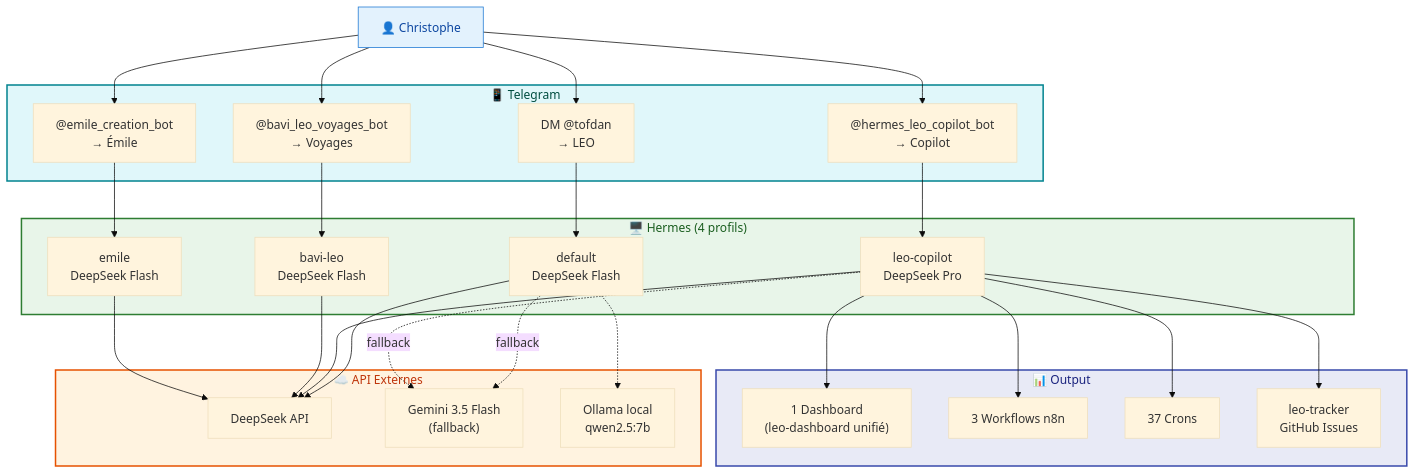
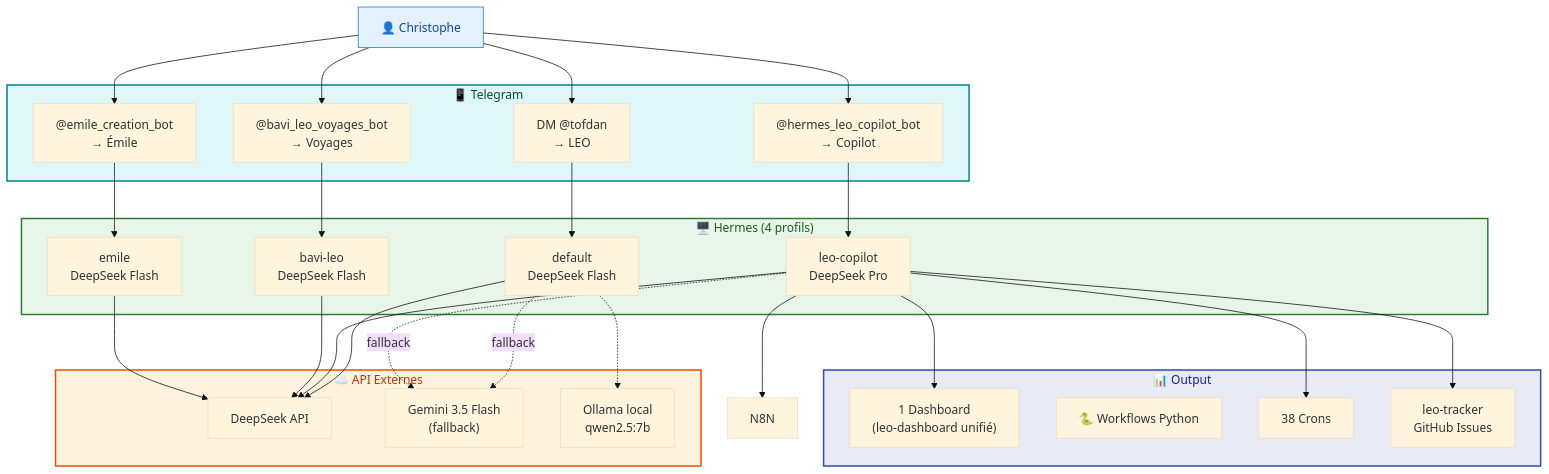
Before and after one commit to christophedanhier-hash/hermes-wiki: the fifth of 5 diagrams in docs/hermes/architecture-communication.md, drawn with Mermaid (base theme). The commit also changed other lines of this file and 3 other files, not shown here.

````diff
--- a/docs/hermes/architecture-communication.md
+++ b/docs/hermes/architecture-communication.md
@@ -199,61 +199,61 @@
 ```mermaid
 flowchart TB
     User["👤 Christophe"]
 
     subgraph TELEGRAM["📱 Telegram"]
         DM["DM @tofdan<br/>→ LEO"]
         COP["@hermes_leo_copilot_bot<br/>→ Copilot"]
         VOY["@bavi_leo_voyages_bot<br/>→ Voyages"]
         EMI["@emile_creation_bot<br/>→ Émile"]
     end
 
     subgraph HERMES["🖥️ Hermes (4 profils)"]
         DEF["default<br/>DeepSeek Flash"]
         LCP["leo-copilot<br/>DeepSeek Pro"]
         BAV["bavi-leo<br/>DeepSeek Flash"]
         EMILE["emile<br/>DeepSeek Flash"]
     end
 
     subgraph API["☁️ API Externes"]
         DS["DeepSeek API"]
         GEM["Gemini 3.5 Flash<br/>(fallback)"]
         OLL["Ollama local<br/>qwen2.5:7b"]
     end
 
     subgraph OUTPUT["📊 Output"]
         DASH["1 Dashboard<br/>(leo-dashboard unifié)"]
-        N8N["3 Workflows n8n"]
-        CRON["37 Crons"]
+        WFL["🐍 Workflows Python"]
+        CRON["38 Crons"]
         ISSUES["leo-tracker<br/>GitHub Issues"]
     end
 
     User --> DM
     User --> COP
     User --> VOY
     User --> EMI
 
     DM --> DEF
     COP --> LCP
     VOY --> BAV
     EMI --> EMILE
 
     DEF --> DS
     LCP --> DS
     BAV --> DS
     EMILE --> DS
 
     DEF -.->|"fallback"| GEM
     DEF -.-> OLL
     LCP -.->|"fallback"| GEM
 
     LCP --> DASH
     LCP --> N8N
     LCP --> CRON
     LCP --> ISSUES
 
     style User fill:#e3f2fd,stroke:#1976d2,color:#0d47a1
     style TELEGRAM fill:#e0f7fa,stroke:#00838f,stroke-width:2px,color:#004d40
     style HERMES fill:#e8f5e9,stroke:#2e7d32,stroke-width:2px,color:#1b5e20
     style API fill:#fff3e0,stroke:#e65100,stroke-width:2px,color:#bf360c
     style OUTPUT fill:#e8eaf6,stroke:#3949ab,stroke-width:2px,color:#1a237e
 ```
````
